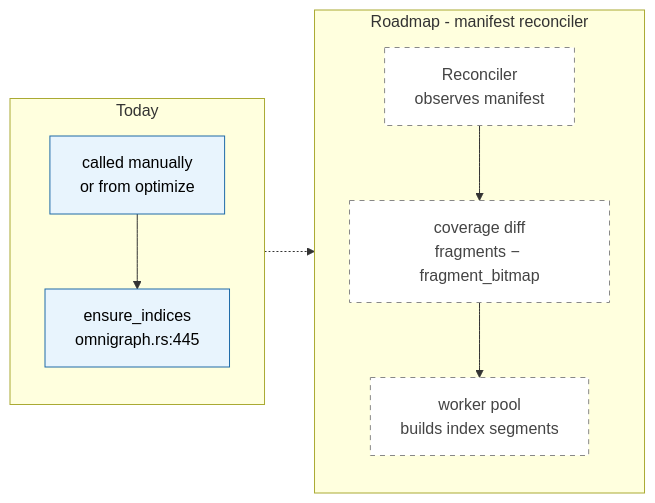
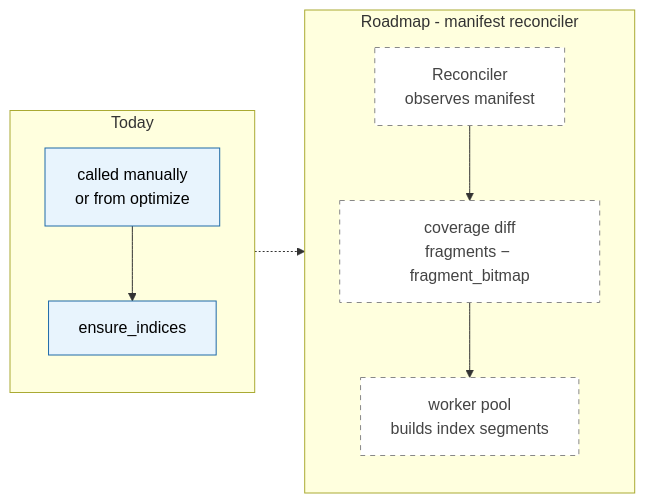
The sixth of 7 diagrams in docs/dev/architecture.md (mrkorchun/omnigraph), drawn with Mermaid before and after one commit. The commit also changed other lines of this file and 281 other files, not shown here.

````diff
--- a/docs/dev/architecture.md
+++ b/docs/dev/architecture.md
@@ -244,20 +272,20 @@
 ```mermaid
 flowchart LR
     classDef now fill:#e8f4fd,stroke:#1e6aa8,color:#000
     classDef future fill:#fff,stroke:#888,stroke-dasharray:5 5,color:#444
 
     subgraph today[Today]
-        ei[ensure_indices<br/>omnigraph.rs:445]:::now
+        ei[ensure_indices]:::now
         manual[called manually<br/>or from optimize]:::now
     end
 
     subgraph roadmap[Roadmap - manifest reconciler]
         rec[Reconciler<br/>observes manifest]:::future
         diff[coverage diff<br/>fragments − fragment_bitmap]:::future
         wp[worker pool<br/>builds index segments]:::future
     end
 
     manual --> ei
     today -.-> roadmap
     rec --> diff --> wp
 ```
````
